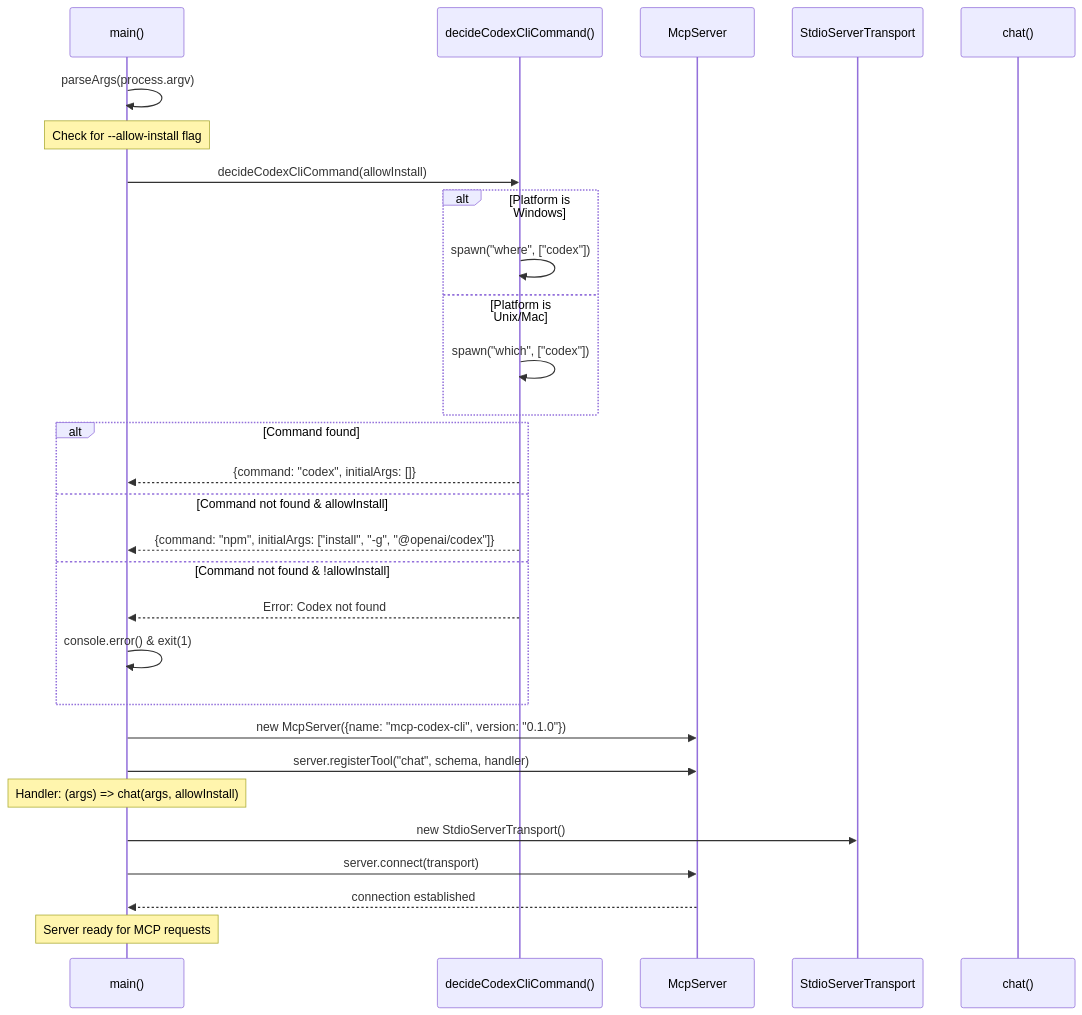
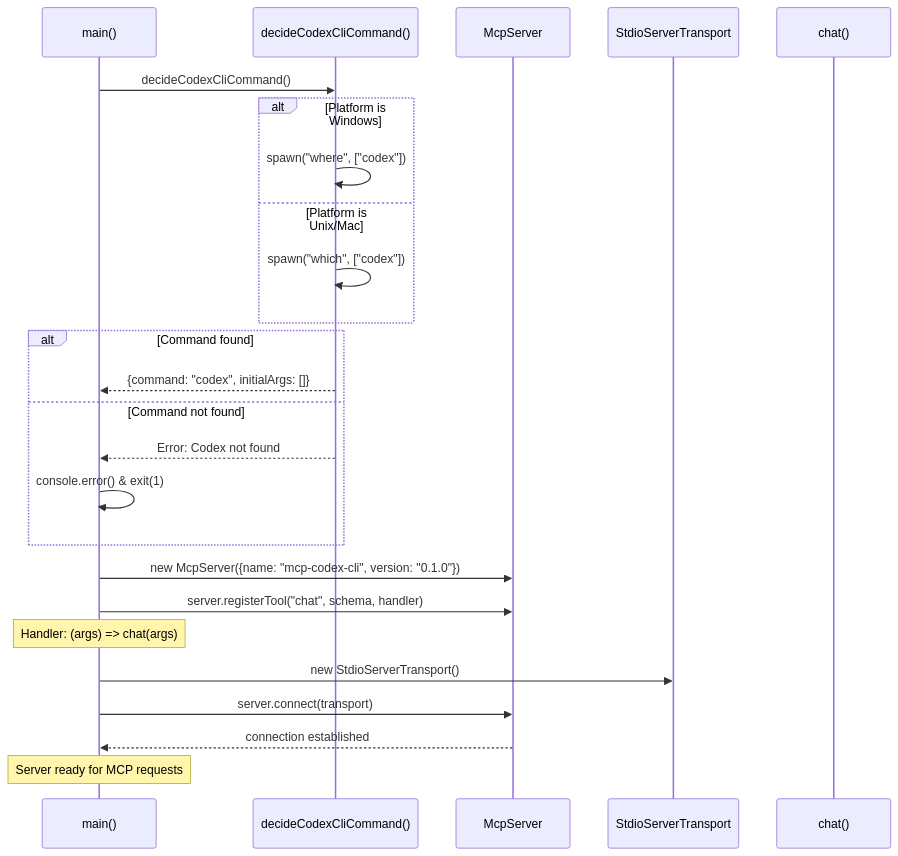
The fourth of 4 diagrams in ARCHITECTURE.md (suwa-sh/mcp-codex-cli), drawn with Mermaid before and after one commit. The commit also changed other lines of this file and 11 other files, not shown here.

````diff
--- a/ARCHITECTURE.md
+++ b/ARCHITECTURE.md
@@ -151,38 +146,33 @@
 ```mermaid
 sequenceDiagram
     participant Main as main()
     participant Detector as decideCodexCliCommand()
     participant Server as McpServer
     participant Transport as StdioServerTransport
     participant Chat as chat()
     
-    Main->>Main: parseArgs(process.argv)
-    Note over Main: Check for --allow-install flag
-    
-    Main->>Detector: decideCodexCliCommand(allowInstall)
+    Main->>Detector: decideCodexCliCommand()
     
     alt Platform is Windows
         Detector->>Detector: spawn("where", ["codex"])
     else Platform is Unix/Mac
         Detector->>Detector: spawn("which", ["codex"])
     end
     
     alt Command found
         Detector-->>Main: {command: "codex", initialArgs: []}
-    else Command not found & allowInstall
-        Detector-->>Main: {command: "npm", initialArgs: ["install", "-g", "@openai/codex"]}
-    else Command not found & !allowInstall
+    else Command not found
         Detector-->>Main: Error: Codex not found
         Main->>Main: console.error() & exit(1)
     end
     
     Main->>Server: new McpServer({name: "mcp-codex-cli", version: "0.1.0"})
     
     Main->>Server: server.registerTool("chat", schema, handler)
-    Note over Main: Handler: (args) => chat(args, allowInstall)
+    Note over Main: Handler: (args) => chat(args)
     
     Main->>Transport: new StdioServerTransport()
     Main->>Server: server.connect(transport)
     Server-->>Main: connection established
     Note over Main: Server ready for MCP requests
 ```
````
